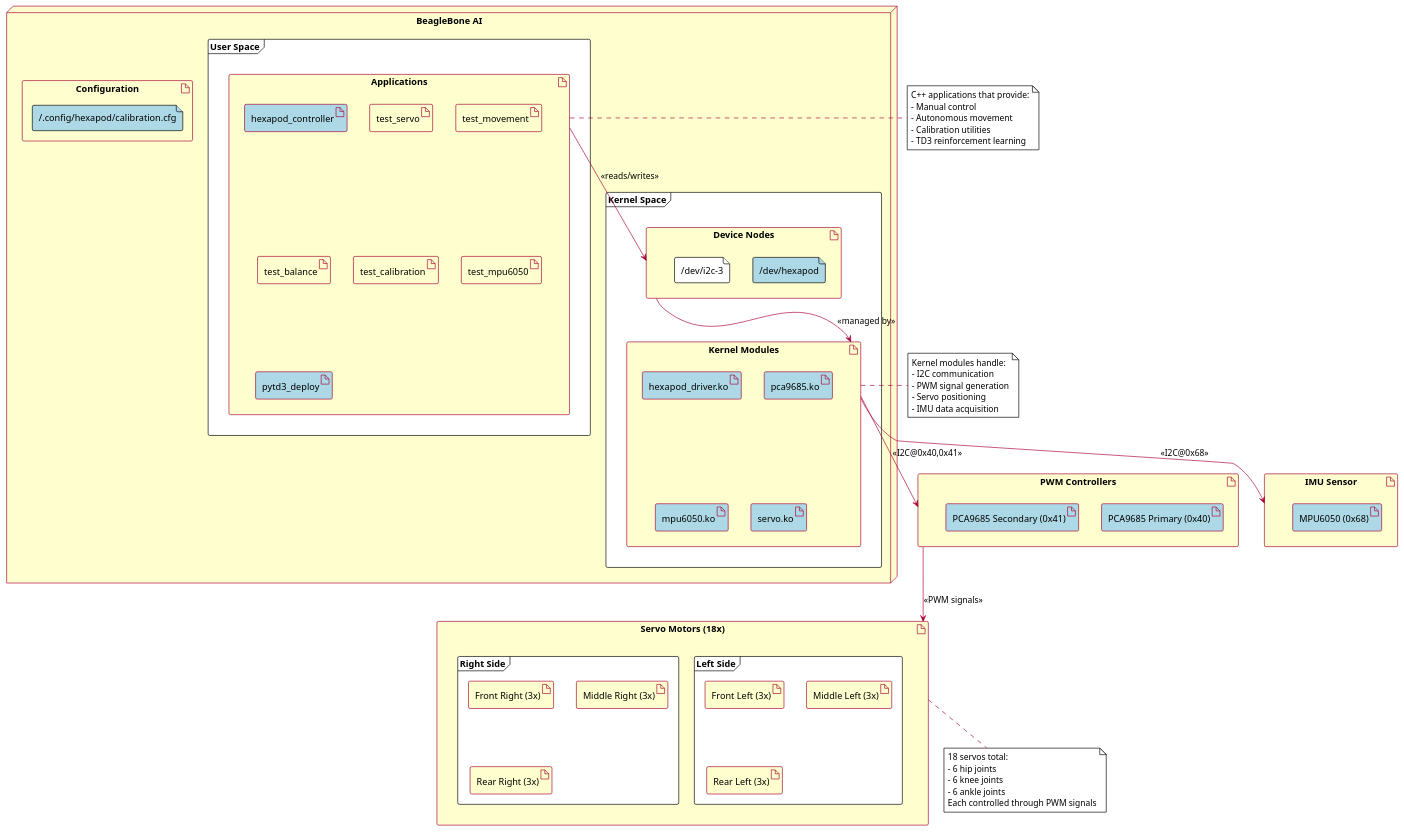
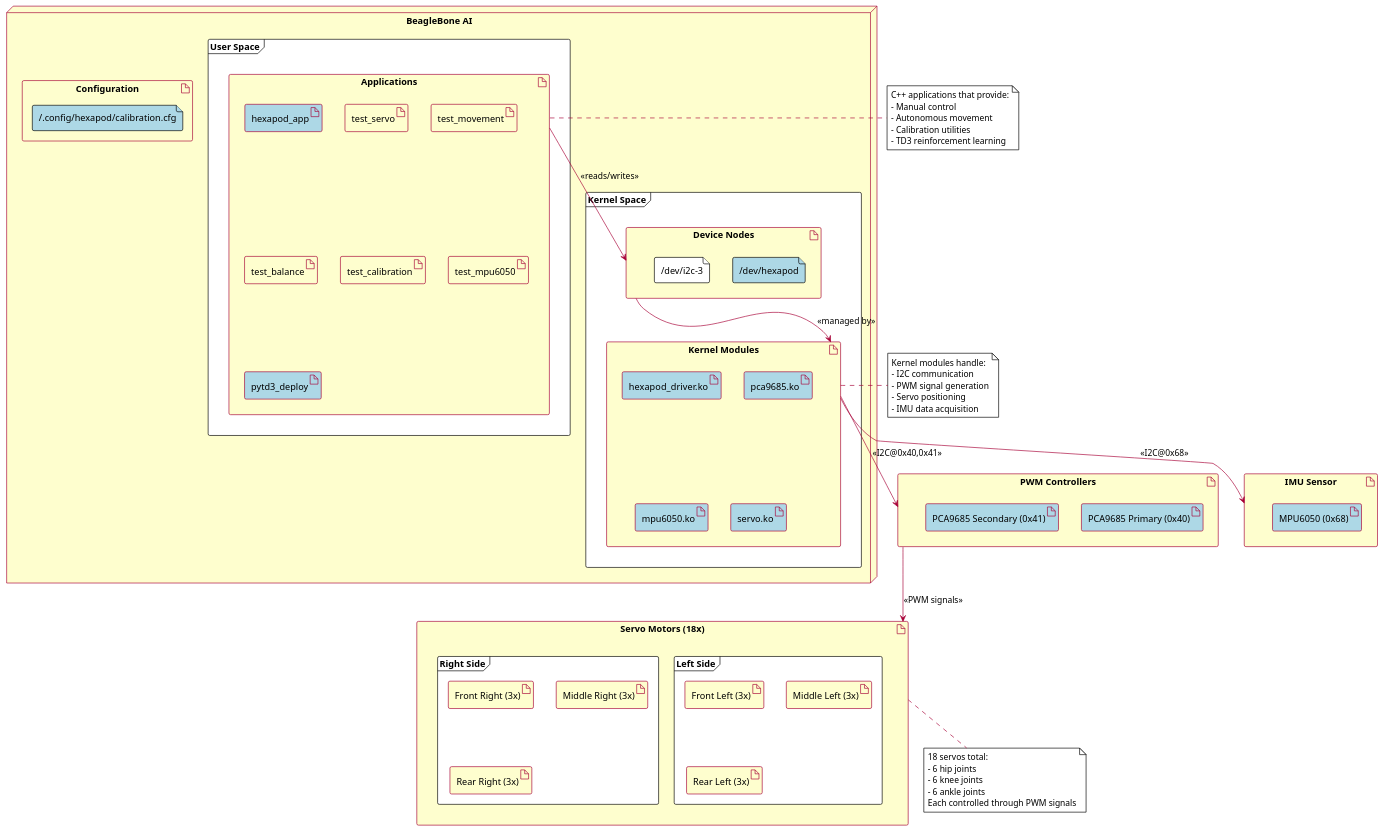
The diagram in docs/diagrams/src/deployment.puml (NguyenTrongPhuc552003/reinforcement-automative-hexapod), drawn with PlantUML before and after one commit. The commit also changed 5 other files, not shown here.

Commit message:
Rename the hexapod_controller to hexapod_app

```diff
--- a/docs/diagrams/src/deployment.puml
+++ b/docs/diagrams/src/deployment.puml
@@ -1,101 +1,101 @@
 @startuml deployment
 
 !theme plain
 skinparam nodeBackgroundColor #FEFECE
 skinparam nodeBorderColor #A80036
 skinparam deviceBackgroundColor #FEFECE
 skinparam deviceBorderColor #A80036
 skinparam artifactBackgroundColor #FEFECE
 skinparam artifactBorderColor #A80036
 skinparam ArrowColor #A80036
 
 ' Physical devices based on the actual hardware configuration
 node "BeagleBone AI" as sbc {
   frame "User Space" {
     artifact "Applications" as app {
-      artifact "hexapod_controller" #ADD8E6
+      artifact "hexapod_app" #ADD8E6
       artifact "test_servo"
       artifact "test_movement"
       artifact "test_balance"
       artifact "test_calibration"
       artifact "test_mpu6050"
       artifact "pytd3_deploy" #ADD8E6
     }
     
     ' Direct connection from applications to device nodes without middleware libraries
   }
   
   frame "Kernel Space" {
     artifact "Kernel Modules" as driver {
       artifact "hexapod_driver.ko" #ADD8E6
       artifact "pca9685.ko" #ADD8E6
       artifact "mpu6050.ko" #ADD8E6
       artifact "servo.ko" #ADD8E6
     }
     
     artifact "Device Nodes" as device {
       file "/dev/hexapod" #ADD8E6
       file "/dev/i2c-3"
     }
   }
   
   artifact "Configuration" as config {
     file "~/.config/hexapod/calibration.cfg" #ADD8E6
   }
 }
 
 artifact "PWM Controllers" as pca9685 {
   artifact "PCA9685 Primary (0x40)" #ADD8E6
   artifact "PCA9685 Secondary (0x41)" #ADD8E6
 }
 
 artifact "IMU Sensor" as mpu6050 {
   artifact "MPU6050 (0x68)" #ADD8E6
 }
 
 artifact "Servo Motors (18x)" as servos {
   frame "Left Side" {
     artifact "Front Left (3x)"
     artifact "Middle Left (3x)"
     artifact "Rear Left (3x)"
   }
   frame "Right Side" {
     artifact "Front Right (3x)" 
     artifact "Middle Right (3x)"
     artifact "Rear Right (3x)"
   }
 }
 
 ' Connections based on actual system architecture
 app --> device : <<reads/writes>>
 device --> driver : <<managed by>>
 driver --> pca9685 : <<I2C@0x40,0x41>>
 driver --> mpu6050 : <<I2C@0x68>>
 pca9685 --> servos : <<PWM signals>>
 
 ' Notes based on code documentation
 note right of app
   C++ applications that provide:
   - Manual control
   - Autonomous movement
   - Calibration utilities 
   - TD3 reinforcement learning
 end note
 
 note right of driver
   Kernel modules handle:
   - I2C communication
   - PWM signal generation
   - Servo positioning
   - IMU data acquisition
 end note
 
 note bottom of servos
   18 servos total:
   - 6 hip joints
   - 6 knee joints
   - 6 ankle joints
   Each controlled through PWM signals
 end note
 
 @enduml
```
